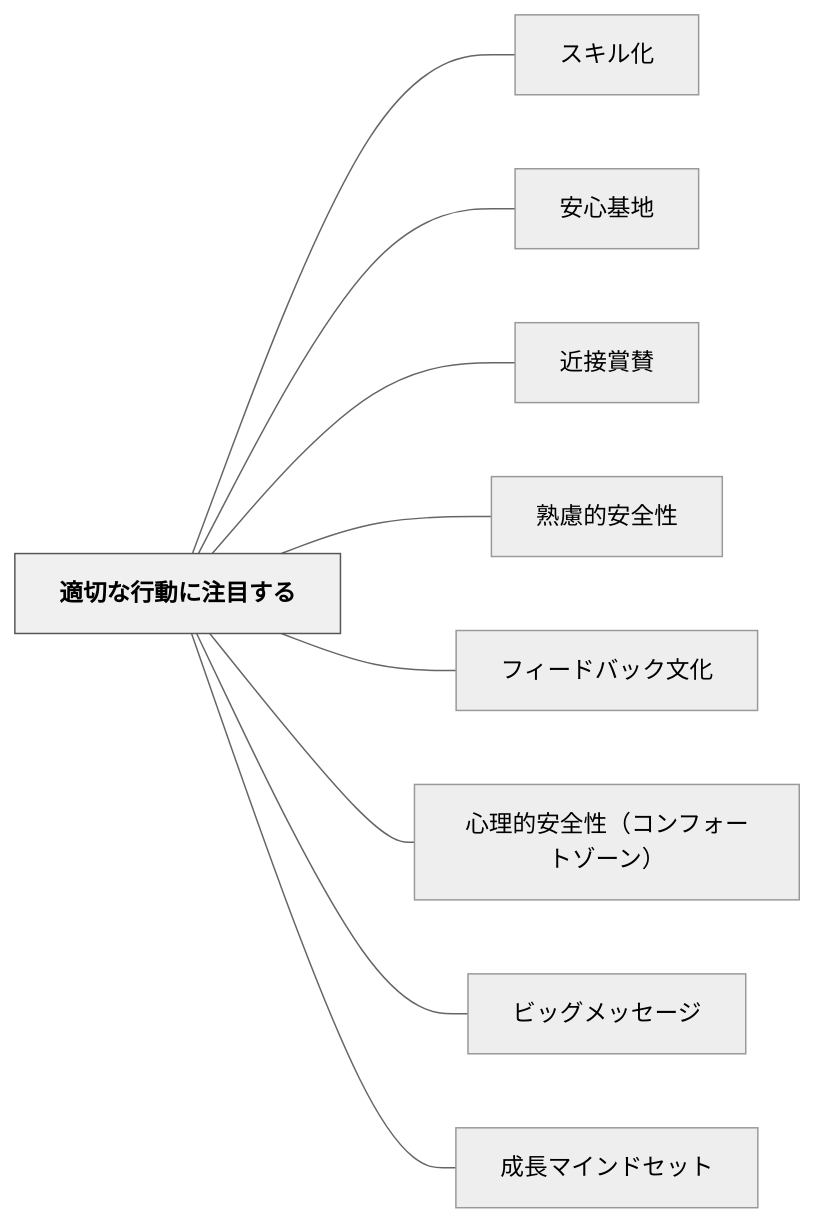
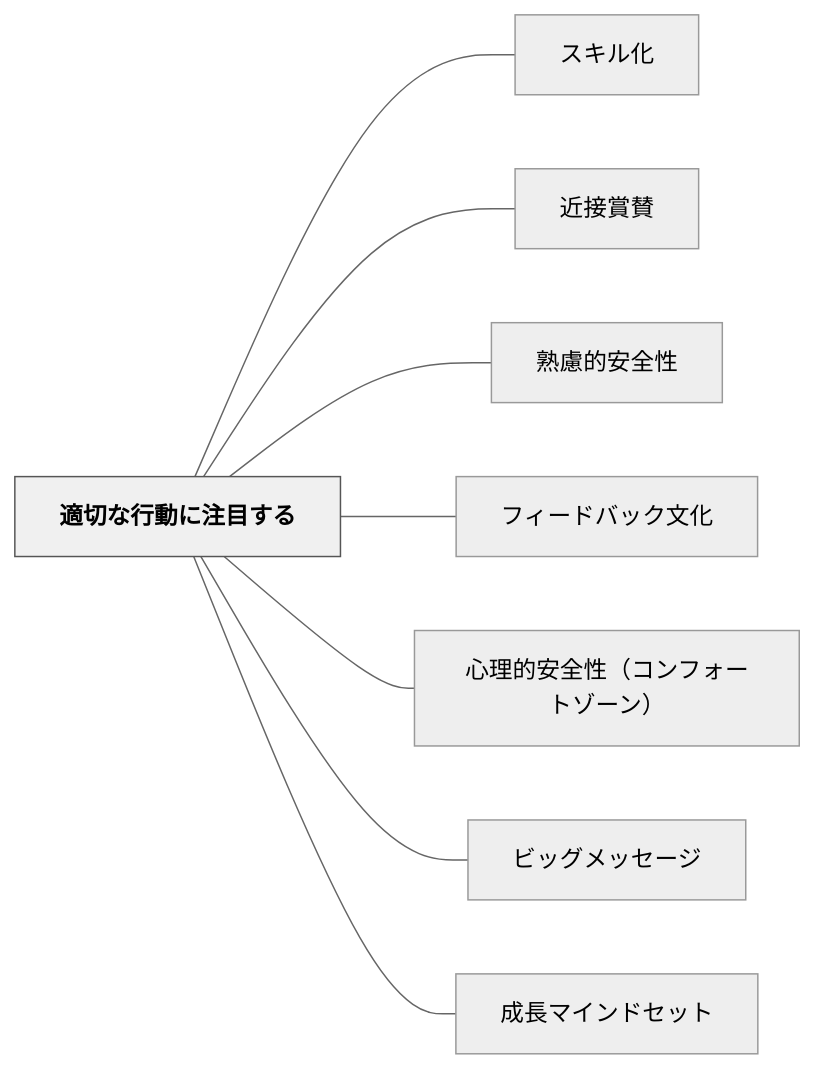
One commit to unknownthings-ed-patterns/unknownthings-ed-patterns changed the diagram in content/パタン/適切な行動に注目する.md. Above: the diagram before and after it, drawn with Mermaid (neutral theme). The commit also changed other lines of this file and 30 other files, not shown here.

````diff
--- a/content/パタン/適切な行動に注目する.md
+++ b/content/パタン/適切な行動に注目する.md
@@ -105,24 +104,22 @@
 ```mermaid
 flowchart LR
     ne981a9e58887e381aae8a18ce58b95e381abe6b3a8e79baee38199e3828b["適切な行動に注目する"]
     ne382b9e382ade383abe58c96["スキル化"]
-    ne5ae89e5bf83e59fbae59cb0["安心基地"]
     ne8bf91e68ea5e8b39ee8b39b["近接賞賛"]
     ne7869fe685aee79a84e5ae89e585a8e680a7["熟慮的安全性"]
     ne38395e382a3e383bce38389e38390e38383e382afe69687e58c96["フィードバック文化"]
     ne5bf83e79086e79a84e5ae89e585a8e680a7efbc88e382b3e383b3e38395e382a9e383bce38388e382bee383bce383b3efbc89["心理的安全性（コンフォートゾーン）"]
     ne38393e38383e382b0e383a1e38383e382bbe383bce382b8["ビッグメッセージ"]
     ne68890e995b7e3839ee382a4e383b3e38389e382bbe38383e38388["成長マインドセット"]
 
     ne981a9e58887e381aae8a18ce58b95e381abe6b3a8e79baee38199e3828b --- ne382b9e382ade383abe58c96
-    ne981a9e58887e381aae8a18ce58b95e381abe6b3a8e79baee38199e3828b --- ne5ae89e5bf83e59fbae59cb0
     ne981a9e58887e381aae8a18ce58b95e381abe6b3a8e79baee38199e3828b --- ne8bf91e68ea5e8b39ee8b39b
     ne981a9e58887e381aae8a18ce58b95e381abe6b3a8e79baee38199e3828b --- ne7869fe685aee79a84e5ae89e585a8e680a7
     ne981a9e58887e381aae8a18ce58b95e381abe6b3a8e79baee38199e3828b --- ne38395e382a3e383bce38389e38390e38383e382afe69687e58c96
     ne981a9e58887e381aae8a18ce58b95e381abe6b3a8e79baee38199e3828b --- ne5bf83e79086e79a84e5ae89e585a8e680a7efbc88e382b3e383b3e38395e382a9e383bce38388e382bee383bce383b3efbc89
     ne981a9e58887e381aae8a18ce58b95e381abe6b3a8e79baee38199e3828b --- ne38393e38383e382b0e383a1e38383e382bbe383bce382b8
     ne981a9e58887e381aae8a18ce58b95e381abe6b3a8e79baee38199e3828b --- ne68890e995b7e3839ee382a4e383b3e38389e382bbe38383e38388
 
     classDef hub fill:#f0f0f0,stroke:#555,color:#000,font-weight:bold
     class ne981a9e58887e381aae8a18ce58b95e381abe6b3a8e79baee38199e3828b hub
 ```
````
